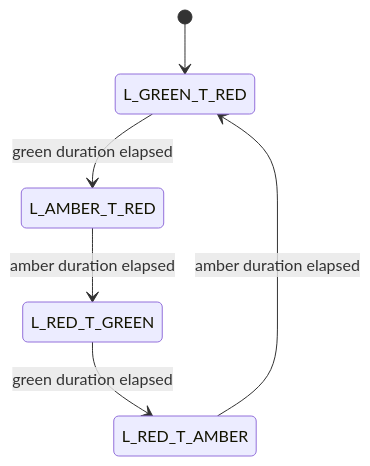
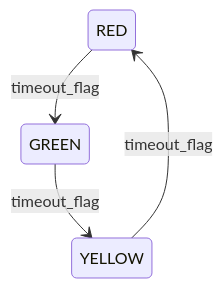
One commit to YdtTran/CO3010-TranDinhY-2414100 changed the diagram in docs/report.md. Above: the diagram before and after it, drawn with Mermaid. The commit also changed other lines of this file and 29 other files, not shown here.

````diff
--- a/docs/report.md
+++ b/docs/report.md
@@ -13,8 +13,6 @@
 ```mermaid
 stateDiagram-v2
-    [*] --> L_GREEN_T_RED
-    L_GREEN_T_RED --> L_AMBER_T_RED: green duration elapsed
-    L_AMBER_T_RED --> L_RED_T_GREEN: amber duration elapsed
-    L_RED_T_GREEN --> L_RED_T_AMBER: green duration elapsed
-    L_RED_T_AMBER --> L_GREEN_T_RED: amber duration elapsed
+    RED --> GREEN: timeout_flag
+    GREEN --> YELLOW: timeout_flag
+    YELLOW --> RED: timeout_flag
 ```
````
